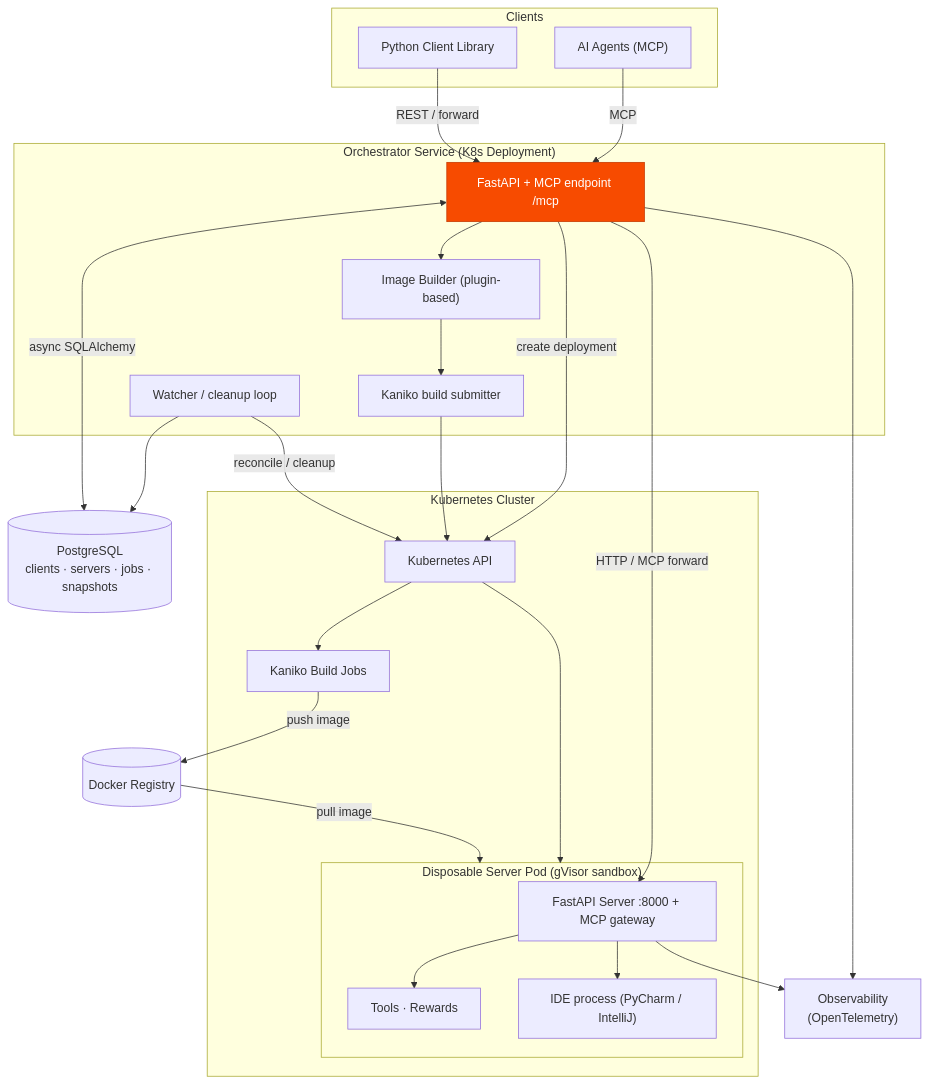
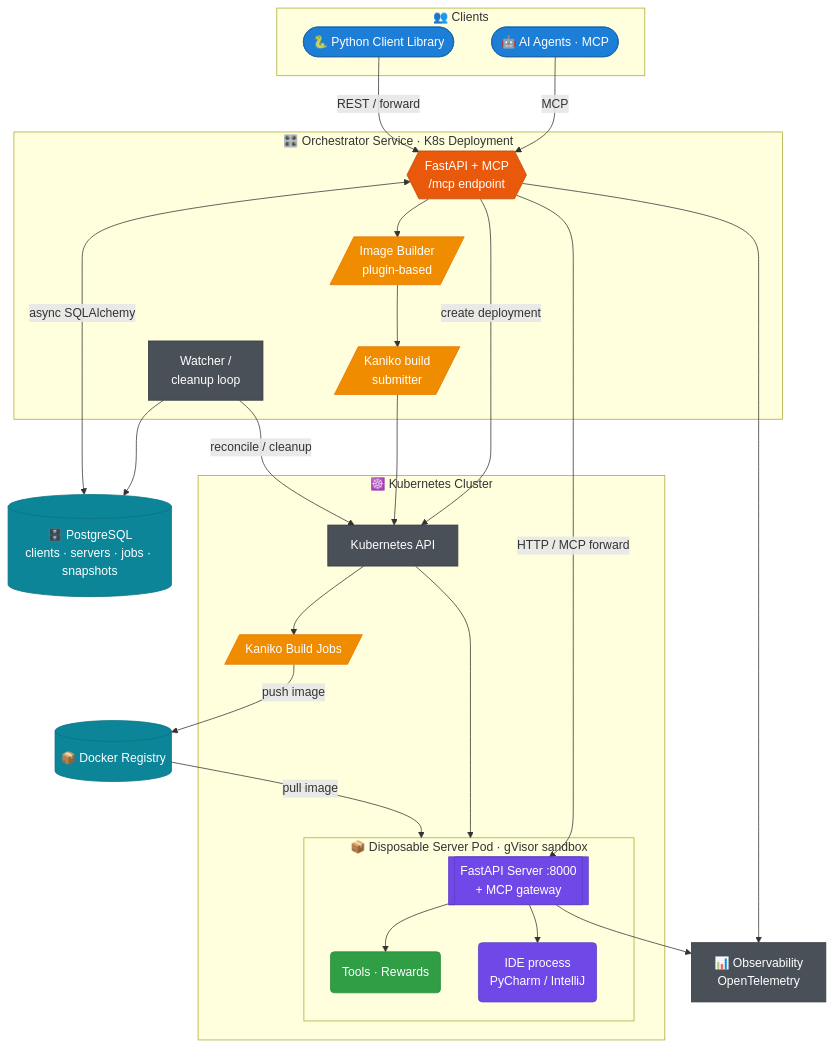
One commit to JetBrains-Research/idegym changed the diagram in website/docs/architecture/index.md. Above: the diagram before and after it, drawn with Mermaid. The commit also changed other lines of this file and 10 other files, not shown here.

First line of the commit message:
[JBRes-9938] restyle diagrams: shapes, colors, aligned labels; no dead-click nodes

````diff
--- a/website/docs/architecture/index.md
+++ b/website/docs/architecture/index.md
@@ -19,61 +19,67 @@
 ```mermaid
 flowchart TB
-    subgraph clients["Clients"]
-        lib["Python Client Library"]
-        agent["AI Agents (MCP)"]
+    subgraph clients["👥 Clients"]
+        lib(["🐍 Python Client Library"]):::client
+        agent(["🤖 AI Agents · MCP"]):::client
     end
 
-    subgraph orch["Orchestrator Service (K8s Deployment)"]
-        api["FastAPI + MCP endpoint /mcp"]
-        builder["Image Builder (plugin-based)"]
-        kaniko["Kaniko build submitter"]
-        watcher["Watcher / cleanup loop"]
+    subgraph orch["🎛️ Orchestrator Service · K8s Deployment"]
+        api{{"FastAPI + MCP<br/>/mcp endpoint"}}:::ctrl
+        builder[/"Image Builder<br/>plugin-based"/]:::build
+        kaniko[/"Kaniko build<br/>submitter"/]:::build
+        watcher["Watcher /<br/>cleanup loop"]:::infra
     end
 
-    pg[("PostgreSQL<br/>clients · servers · jobs · snapshots")]
+    pg[("🗄️ PostgreSQL<br/>clients · servers · jobs · snapshots")]:::store
 
-    subgraph k8s["Kubernetes Cluster"]
-        kapi["Kubernetes API"]
-        buildjob["Kaniko Build Jobs"]
-        subgraph pod["Disposable Server Pod (gVisor sandbox)"]
-            srv["FastAPI Server :8000 + MCP gateway"]
-            tools["Tools · Rewards"]
-            ide["IDE process (PyCharm / IntelliJ)"]
+    subgraph k8s["☸️ Kubernetes Cluster"]
+        kapi["Kubernetes API"]:::infra
+        buildjob[/"Kaniko Build Jobs"/]:::build
+        subgraph pod["📦 Disposable Server Pod · gVisor sandbox"]
+            srv[["FastAPI Server :8000<br/>+ MCP gateway"]]:::pod
+            tools("Tools · Rewards"):::tool
+            ide("IDE process<br/>PyCharm / IntelliJ"):::pod
         end
     end
 
-    registry[("Docker Registry")]
-    otel["Observability<br/>(OpenTelemetry)"]
+    registry[("📦 Docker Registry")]:::store
+    otel["📊 Observability<br/>OpenTelemetry"]:::infra
 
     lib -->|"REST / forward"| api
     agent -->|"MCP"| api
     api <-->|"async SQLAlchemy"| pg
     watcher --> pg
     watcher -->|"reconcile / cleanup"| kapi
     api --> builder --> kaniko --> kapi --> buildjob
     buildjob -->|"push image"| registry
     api -->|"create deployment"| kapi --> pod
     registry -->|"pull image"| pod
     srv --> tools
     srv --> ide
     api -->|"HTTP / MCP forward"| srv
     srv --> otel
     api --> otel
 
     click lib "/idegym/architecture/client" "Client library"
     click agent "/idegym/architecture/client" "Client & MCP access"
     click api "/idegym/architecture/orchestrator" "Orchestrator"
     click builder "/idegym/architecture/image-builder" "Image builder"
     click kaniko "/idegym/architecture/image-builder" "Kaniko builds"
     click buildjob "/idegym/architecture/image-builder" "Kaniko build jobs"
     click watcher "/idegym/architecture/watcher" "Watcher"
     click pg "/idegym/architecture/orchestrator" "Persistent state"
+    click kapi "/idegym/deployment" "Kubernetes & deployment"
     click srv "/idegym/architecture/server" "Server internals"
     click tools "/idegym/architecture/rewards-tools" "Tools & rewards"
     click ide "/idegym/architecture/plugins" "IDE plugins"
     click registry "/idegym/architecture/image-builder" "Registry"
     click otel "/idegym/deployment" "Observability & deployment"
 
-    classDef accent fill:#f74b00,stroke:#c53900,color:#fff;
-    class api accent;
+    classDef client fill:#1c7ed6,stroke:#1864ab,color:#fff;
+    classDef ctrl fill:#e8590c,stroke:#c04405,color:#fff;
+    classDef build fill:#f08c00,stroke:#e67700,color:#fff;
+    classDef store fill:#0c8599,stroke:#0b7285,color:#fff;
+    classDef pod fill:#7048e8,stroke:#5f3dc4,color:#fff;
+    classDef tool fill:#2f9e44,stroke:#2b8a3e,color:#fff;
+    classDef infra fill:#495057,stroke:#343a40,color:#fff;
 ```
````
